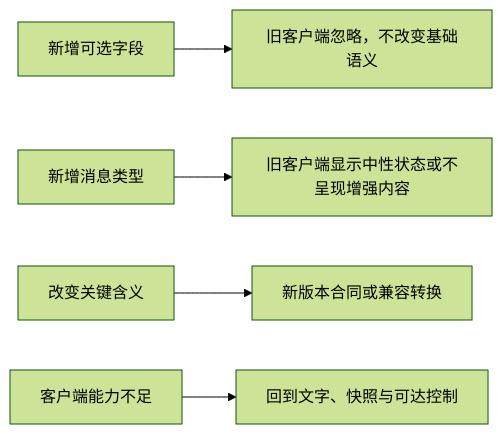
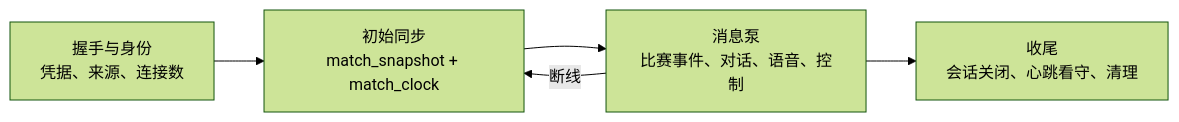
The second of 3 diagrams in docs/球球全套资料/4.产品设计/42-API与实时协议设计.md (weiz98417-crypto/qiuqiu), drawn with Mermaid (forest theme) before and after one commit. The commit also changed other lines of this file and 49 other files, not shown here.

````diff
--- a/docs/球球全套资料/4.产品设计/42-API与实时协议设计.md
+++ b/docs/球球全套资料/4.产品设计/42-API与实时协议设计.md
@@ -113,7 +85,7 @@
 ```mermaid
 flowchart LR
-    A[新增可选字段] --> B[旧客户端忽略，不改变基础语义]
-    C[新增消息类型] --> D[旧客户端显示中性状态或不呈现增强内容]
-    E[改变关键含义] --> F[新版本合同或兼容转换]
-    G[客户端能力不足] --> H[回到文字、快照与可达控制]
+    A[握手与身份<br>凭据、来源、连接数] --> B[初始同步<br>match_snapshot + match_clock]
+    B --> C[消息泵<br>比赛事件、对话、语音、控制]
+    C --> D[收尾<br>会话关闭、心跳看守、清理]
+    C -->|断线| B
 ```
````
